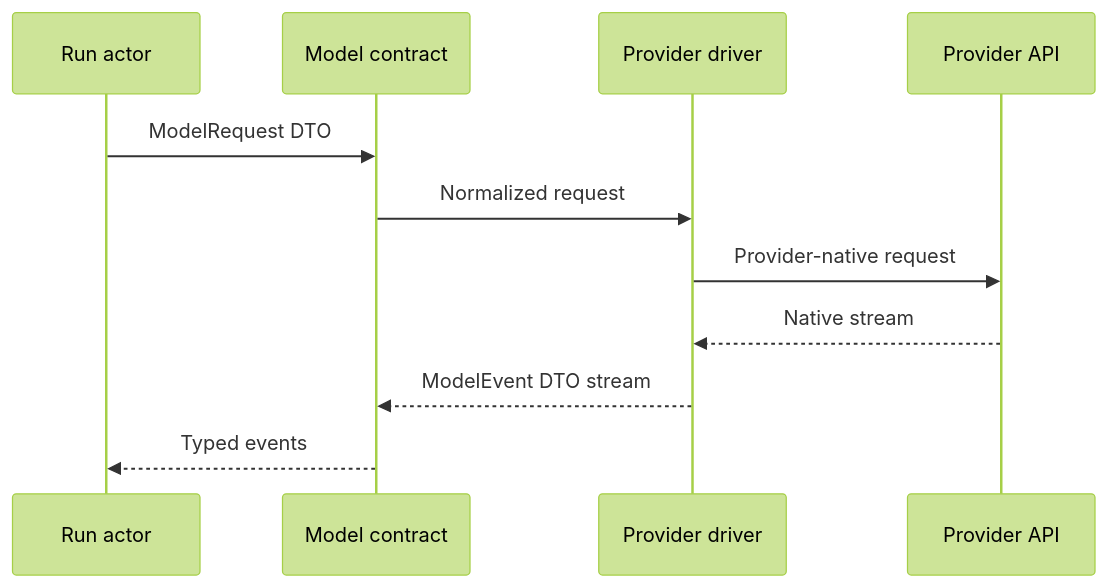
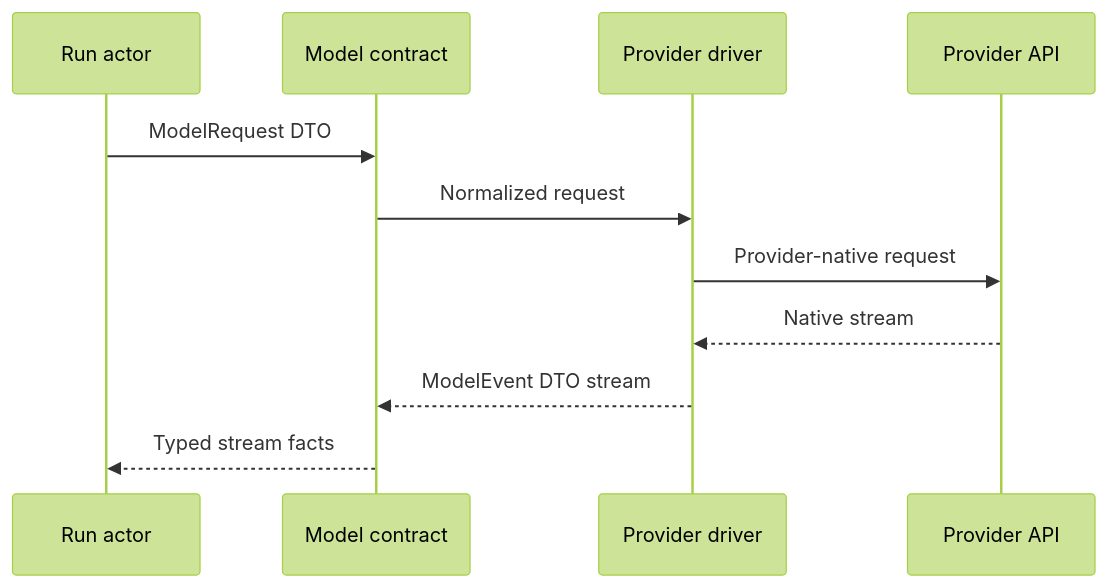
One commit to y0tsy/intention-relay changed the diagram in docs/intention-relay/architecture/08-model-protocol-and-providers.md. Above: the diagram before and after it, drawn with Mermaid (forest theme). The commit also changed other lines of this file and 24 other files, not shown here.

````diff
--- a/docs/intention-relay/architecture/08-model-protocol-and-providers.md
+++ b/docs/intention-relay/architecture/08-model-protocol-and-providers.md
@@ -79,14 +68,14 @@
 ```mermaid
 sequenceDiagram
   participant R as Run actor
   participant M as Model contract
   participant P as Provider driver
   participant X as Provider API
 
   R->>M: ModelRequest DTO
   M->>P: Normalized request
   P->>X: Provider-native request
   X-->>P: Native stream
   P-->>M: ModelEvent DTO stream
-  M-->>R: Typed events
+  M-->>R: Typed stream facts
 ```
````
